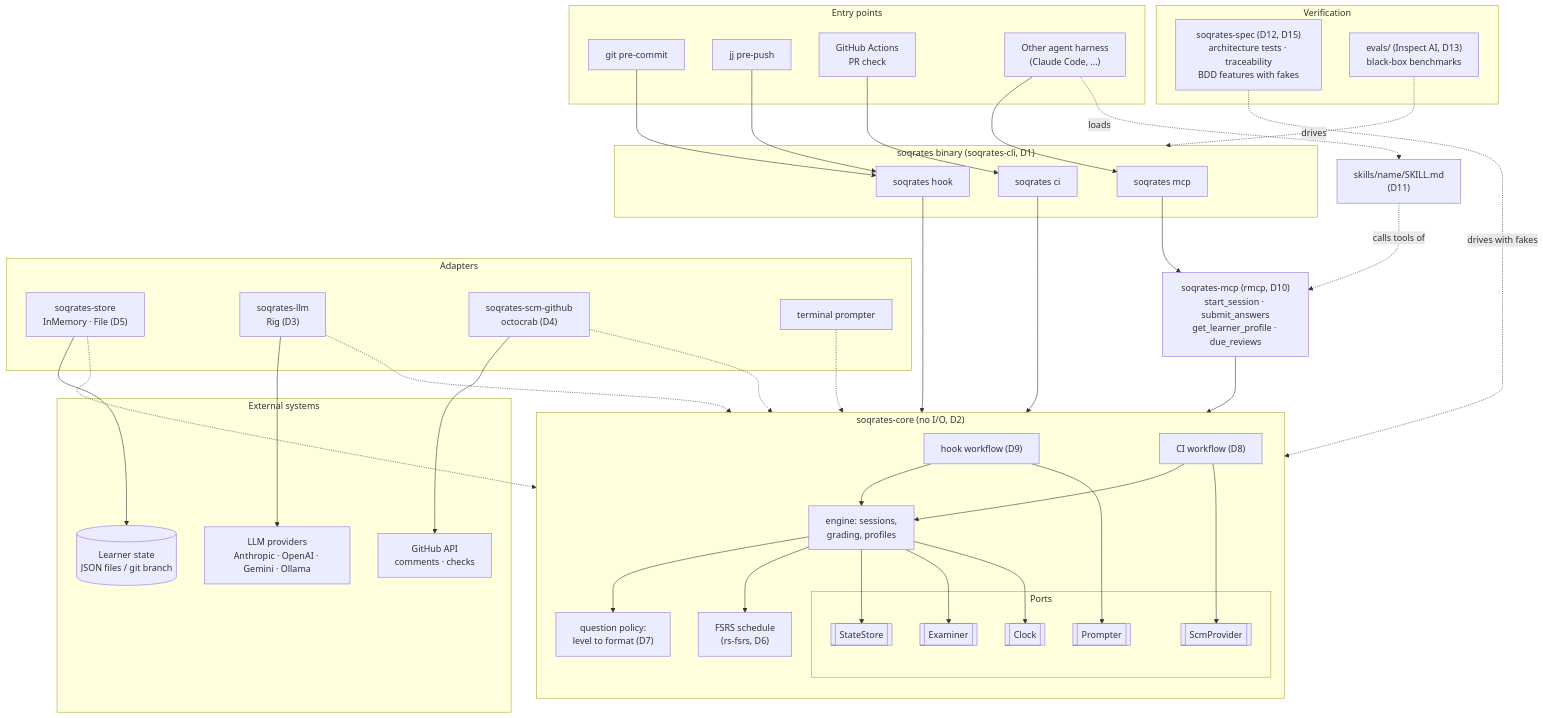
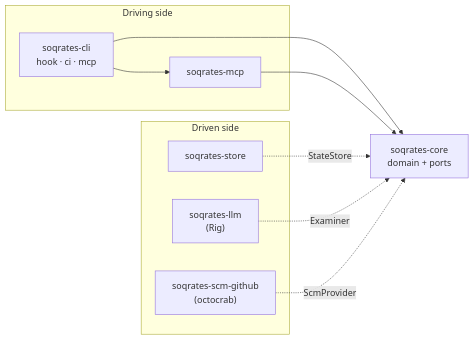
The second of 4 diagrams in docs/adr/0001-agent-framework-and-architecture.md (jvanbuel/soqrates), drawn with Mermaid before and after one commit. The commit also changed other lines of this file, not shown here.

Commit message:
Redraw architecture as three zoom levels
Replace the single all-in-one diagram with C4-style views: context
(who/what Soqrates talks to), crates (the hexagon: ports and adapters),
and core internals (workflows, engine, domain logic, ports). The CI
sequence diagram is kept.

Claude-Session: https://claude.ai/code/session_01TT38FuRtzQXwxmhEAysAQy

````diff
--- a/docs/adr/0001-agent-framework-and-architecture.md
+++ b/docs/adr/0001-agent-framework-and-architecture.md
@@ -36,87 +54,22 @@
 ```mermaid
-flowchart TB
-    subgraph entry["Entry points"]
-        git["git pre-commit"]
-        jj["jj pre-push"]
-        gha["GitHub Actions<br/>PR check"]
-        harness["Other agent harness<br/>(Claude Code, ...)"]
+flowchart LR
+    subgraph drivers["Driving side"]
+        cli["soqrates-cli<br/>hook · ci · mcp"]
+        mcp["soqrates-mcp"]
     end
 
-    skills["skills/name/SKILL.md<br/>(D11)"]
+    core["soqrates-core<br/>domain + ports"]
 
-    subgraph bin["soqrates binary (soqrates-cli, D1)"]
-        hookcmd["soqrates hook"]
-        cicmd["soqrates ci"]
-        mcpcmd["soqrates mcp"]
+    subgraph driven["Driven side"]
+        store["soqrates-store"]
+        llm["soqrates-llm<br/>(Rig)"]
+        gh["soqrates-scm-github<br/>(octocrab)"]
     end
 
-    mcp["soqrates-mcp (rmcp, D10)<br/>start_session · submit_answers<br/>get_learner_profile · due_reviews"]
-
-    subgraph core["soqrates-core (no I/O, D2)"]
-        direction TB
-        hookwf["hook workflow (D9)"]
-        ciwf["CI workflow (D8)"]
-        engine["engine: sessions,<br/>grading, profiles"]
-        policy["question policy:<br/>level to format (D7)"]
-        sched["FSRS schedule<br/>(rs-fsrs, D6)"]
-        subgraph ports["Ports"]
-            pstore[["StateStore"]]
-            pexam[["Examiner"]]
-            pscm[["ScmProvider"]]
-            pclock[["Clock"]]
-            pprompt[["Prompter"]]
-        end
-        hookwf --> engine
-        ciwf --> engine
-        engine --> policy
-        engine --> sched
-    end
-
-    subgraph adapters["Adapters"]
-        store["soqrates-store<br/>InMemory · File (D5)"]
-        llm["soqrates-llm<br/>Rig (D3)"]
-        gh["soqrates-scm-github<br/>octocrab (D4)"]
-        tty["terminal prompter"]
-    end
-
-    subgraph ext["External systems"]
-        models["LLM providers<br/>Anthropic · OpenAI · Gemini · Ollama"]
-        github["GitHub API<br/>comments · checks"]
-        state[("Learner state<br/>JSON files / git branch")]
-    end
-
-    subgraph verify["Verification"]
-        spec["soqrates-spec (D12, D15)<br/>architecture tests · traceability<br/>BDD features with fakes"]
-        evals["evals/ (Inspect AI, D13)<br/>black-box benchmarks"]
-    end
-
-    git --> hookcmd
-    jj --> hookcmd
-    gha --> cicmd
-    harness --> mcpcmd
-    harness -. loads .-> skills
-    skills -. calls tools of .-> mcp
-
-    hookcmd --> hookwf
-    cicmd --> ciwf
-    mcpcmd --> mcp
-    mcp --> engine
-
-    hookwf --> pprompt
-    ciwf --> pscm
-    engine --> pstore
-    engine --> pexam
-    engine --> pclock
-
-    store -.-> pstore
-    llm -.-> pexam
-    gh -.-> pscm
-    tty -.-> pprompt
-
-    llm --> models
-    gh --> github
-    store --> state
-
-    spec -. drives with fakes .-> core
-    evals -. drives .-> bin
+    cli --> core
+    cli --> mcp
+    mcp --> core
+    store -. StateStore .-> core
+    llm -. Examiner .-> core
+    gh -. ScmProvider .-> core
 ```
````
